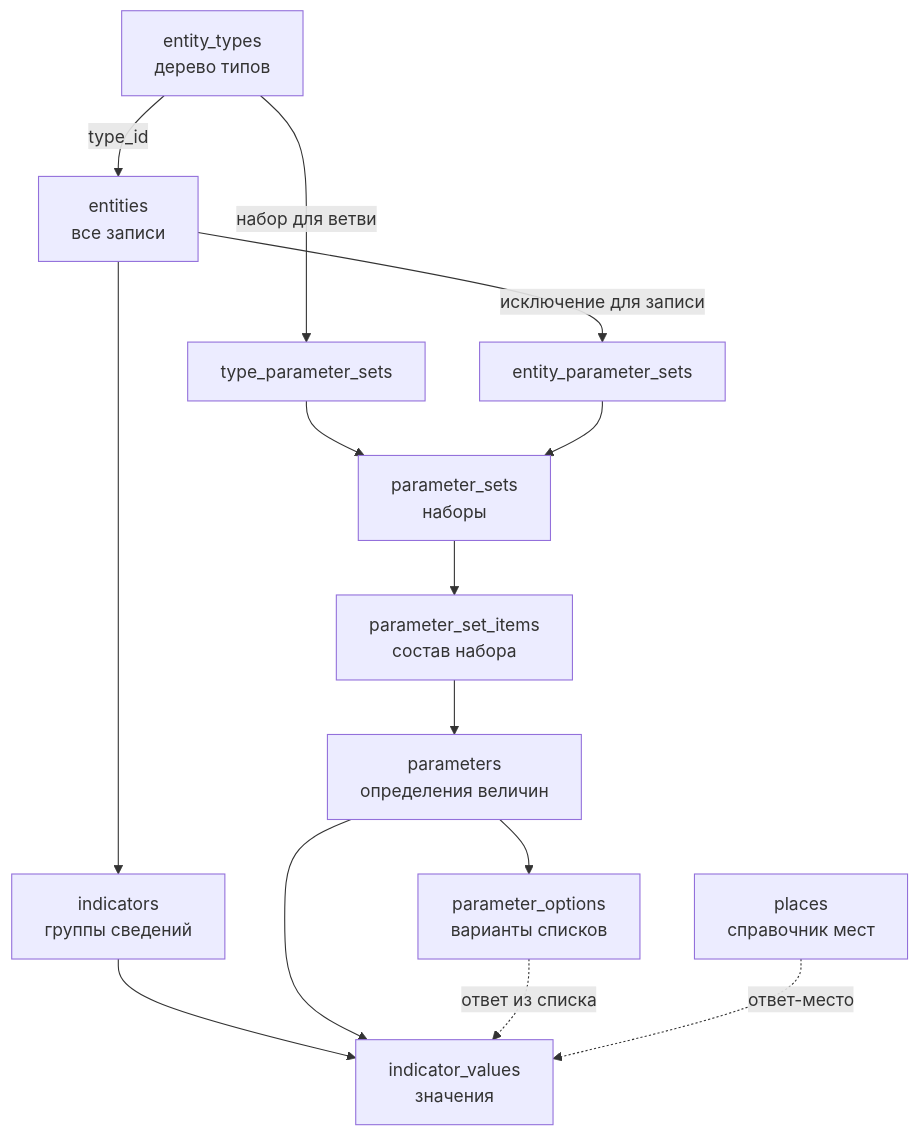
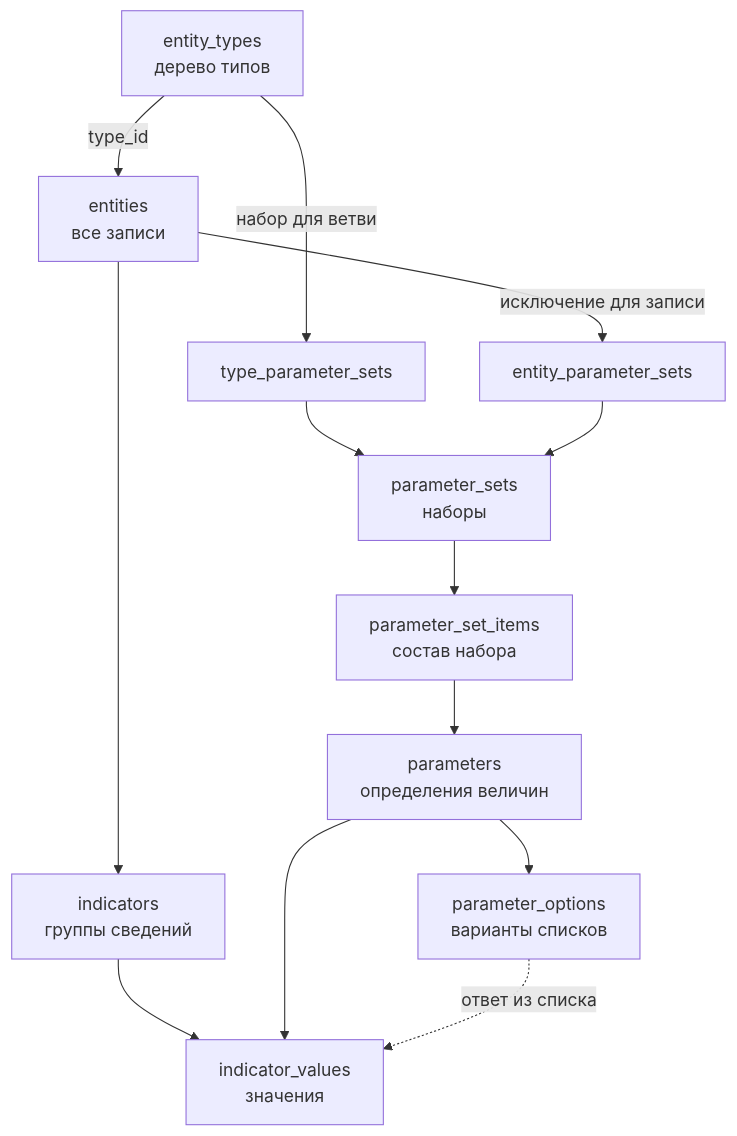
The first of 3 diagrams in WIKI/Схема данных — единая диаграмма.md (softom/2vhutemas2), drawn with Mermaid before and after one commit. The commit also changed other lines of this file and 1 other file, not shown here.

Commit message:
Место — сущность, отношение к месту — связь с причиной (Р-85)

````diff
--- a/WIKI/Схема данных — единая диаграмма.md
+++ b/WIKI/Схема данных — единая диаграмма.md
@@ -19,16 +19,15 @@
 ```mermaid
 flowchart TD
     T["entity_types<br/>дерево типов"] -->|"type_id"| E["entities<br/>все записи"]
     T -->|"набор для ветви"| TPS["type_parameter_sets"]
     TPS --> PS["parameter_sets<br/>наборы"]
     E -->|"исключение для записи"| EPS["entity_parameter_sets"]
     EPS --> PS
     PS --> PSI["parameter_set_items<br/>состав набора"]
     PSI --> P["parameters<br/>определения величин"]
     P --> PO["parameter_options<br/>варианты списков"]
     E --> I["indicators<br/>группы сведений"]
     I --> V["indicator_values<br/>значения"]
     P --> V
     PO -.->|"ответ из списка"| V
-    PL["places<br/>справочник мест"] -.->|"ответ-место"| V
 ```
````
